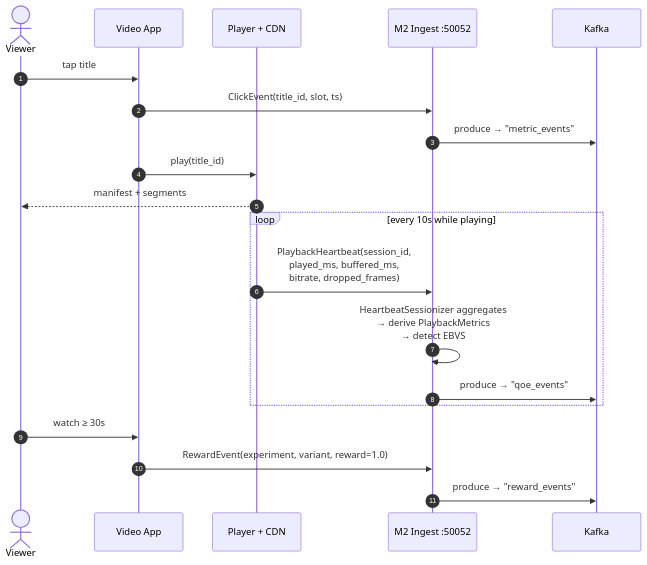
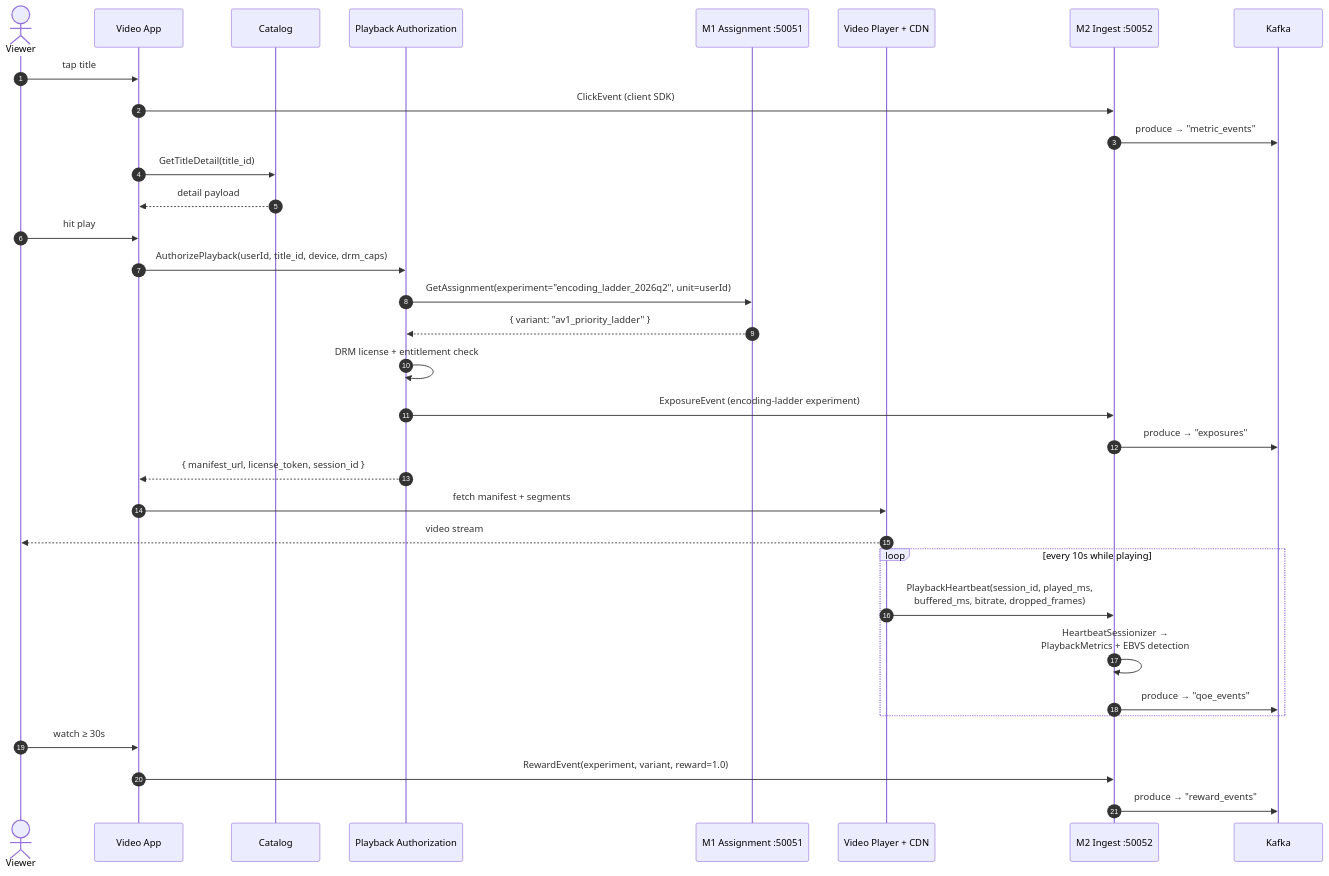
Before and after one commit to wunderkennd/kaizen-experimentation: the third of 6 diagrams in docs/guides/streaming-video-sequence.md, drawn with Mermaid. The commit also changed other lines of this file and 1 other file, not shown here.

First line of the commit message:
docs: expand streaming sequence with surrounding SVOD services

````diff
--- a/docs/guides/streaming-video-sequence.md
+++ b/docs/guides/streaming-video-sequence.md
@@ -139,25 +197,40 @@
 ```mermaid
 sequenceDiagram
     autonumber
     actor U as Viewer
     participant App as Video App
-    participant Player as Player + CDN
+    participant Cat as Catalog
+    participant PB as Playback Authorization
+    participant M1 as M1 Assignment :50051
+    participant CDN as Video Player + CDN
     participant M2 as M2 Ingest :50052
     participant K as Kafka
 
     U->>App: tap title
-    App->>M2: ClickEvent(title_id, slot, ts)
+    App->>M2: ClickEvent (client SDK)
     M2->>K: produce → "metric_events"
-    App->>Player: play(title_id)
-    Player-->>U: manifest + segments
+    App->>Cat: GetTitleDetail(title_id)
+    Cat-->>App: detail payload
+
+    U->>App: hit play
+    App->>PB: AuthorizePlayback(userId, title_id, device, drm_caps)
+    PB->>M1: GetAssignment(experiment="encoding_ladder_2026q2", unit=userId)
+    M1-->>PB: { variant: "av1_priority_ladder" }
+    PB->>PB: DRM license + entitlement check
+    PB->>M2: ExposureEvent (encoding-ladder experiment)
+    M2->>K: produce → "exposures"
+    PB-->>App: { manifest_url, license_token, session_id }
+
+    App->>CDN: fetch manifest + segments
+    CDN-->>U: video stream
 
     loop every 10s while playing
-        Player->>M2: PlaybackHeartbeat(session_id,<br/>played_ms, buffered_ms,<br/>bitrate, dropped_frames)
-        M2->>M2: HeartbeatSessionizer aggregates<br/>→ derive PlaybackMetrics<br/>→ detect EBVS
+        CDN->>M2: PlaybackHeartbeat(session_id, played_ms,<br/>buffered_ms, bitrate, dropped_frames)
+        M2->>M2: HeartbeatSessionizer →<br/>PlaybackMetrics + EBVS detection
         M2->>K: produce → "qoe_events"
     end
 
     U->>App: watch ≥ 30s
     App->>M2: RewardEvent(experiment, variant, reward=1.0)
     M2->>K: produce → "reward_events"
 ```
````
